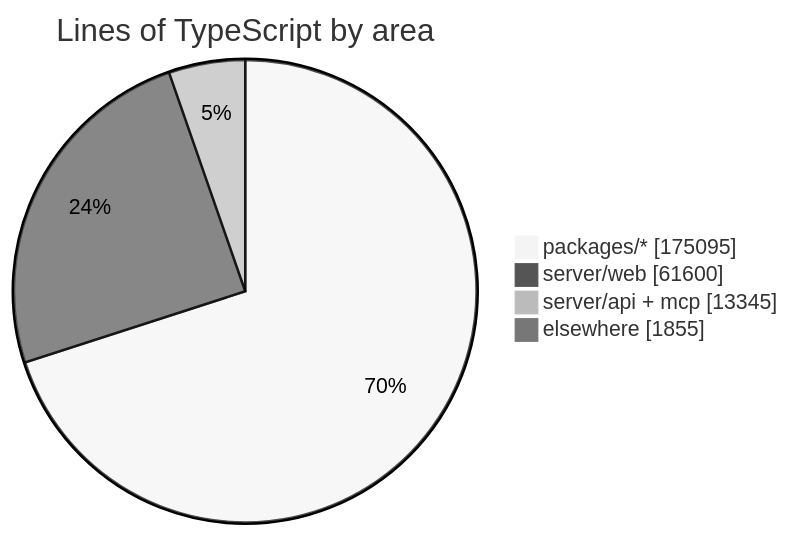
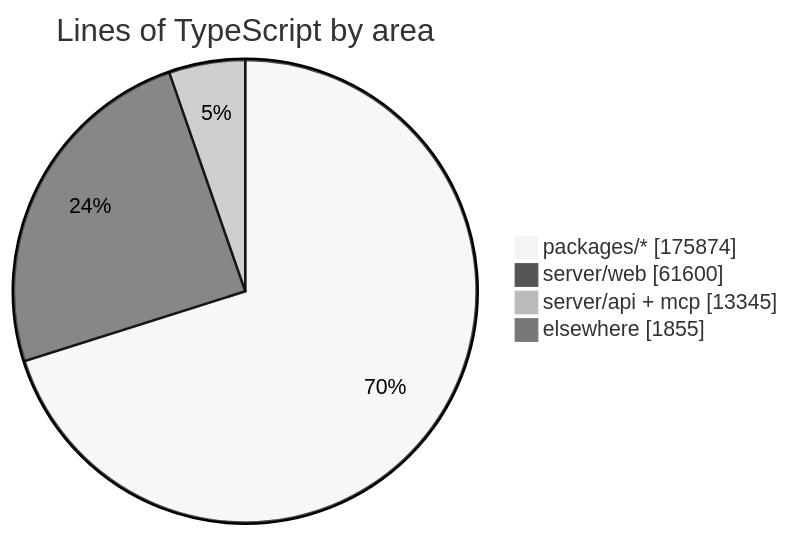
One commit to crossworks-engineering/mantle changed the diagram in README.md. Above: the diagram before and after it, drawn with Mermaid (neutral theme). The commit also changed other lines of this file and 2 other files, not shown here.

````diff
--- a/README.md
+++ b/README.md
@@ -279,7 +279,7 @@
 ```mermaid
 pie showData title Lines of TypeScript by area
-    "packages/*" : 175095
+    "packages/*" : 175874
     "server/web" : 61600
     "server/api + mcp" : 13345
     "elsewhere" : 1855
 ```
````
